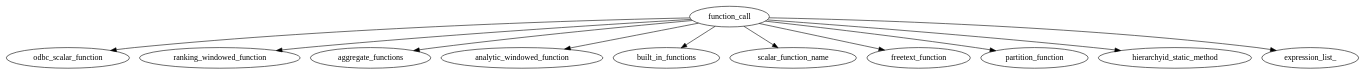
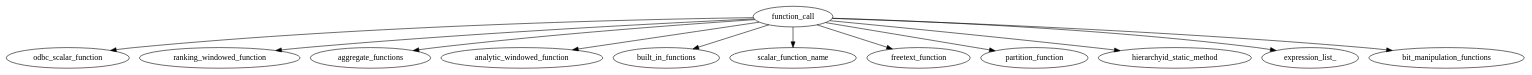
Before and after one commit to Crary-Systems/tree-sitter-tsql: the diagram in docs/roadmap/grammar/function_call.dot, drawn with Graphviz. The commit also changed 10 other files, not shown here.

Commit message:
Add bit_manipulation_functions and completed roadmap

```diff
--- a/docs/roadmap/grammar/function_call.dot
+++ b/docs/roadmap/grammar/function_call.dot
@@ -1,16 +1,17 @@
 digraph {
   function_call
 
   function_call -> odbc_scalar_function
 
   function_call -> ranking_windowed_function
   function_call -> aggregate_functions
   function_call -> analytic_windowed_function
   function_call -> built_in_functions
   function_call -> scalar_function_name
   function_call -> freetext_function
   function_call -> partition_function
   function_call -> hierarchyid_static_method
   function_call -> expression_list_
+  function_call -> bit_manipulation_functions
 
 }
```
